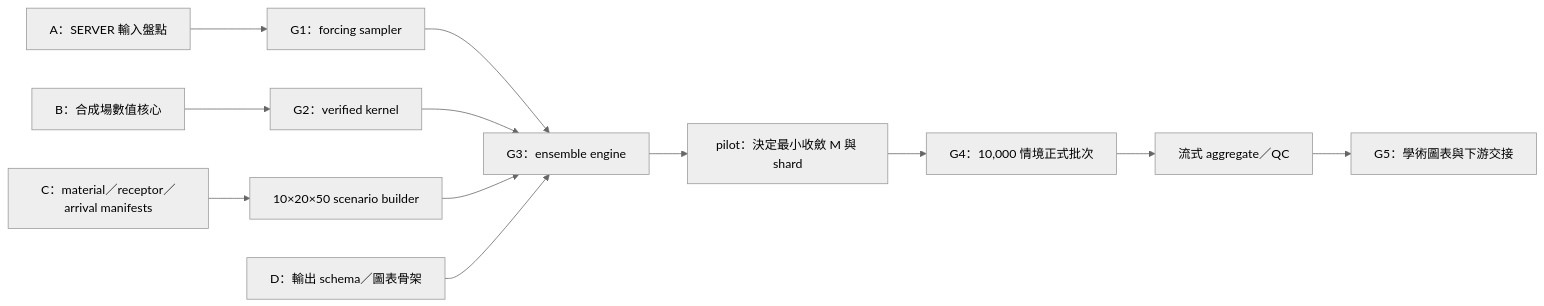
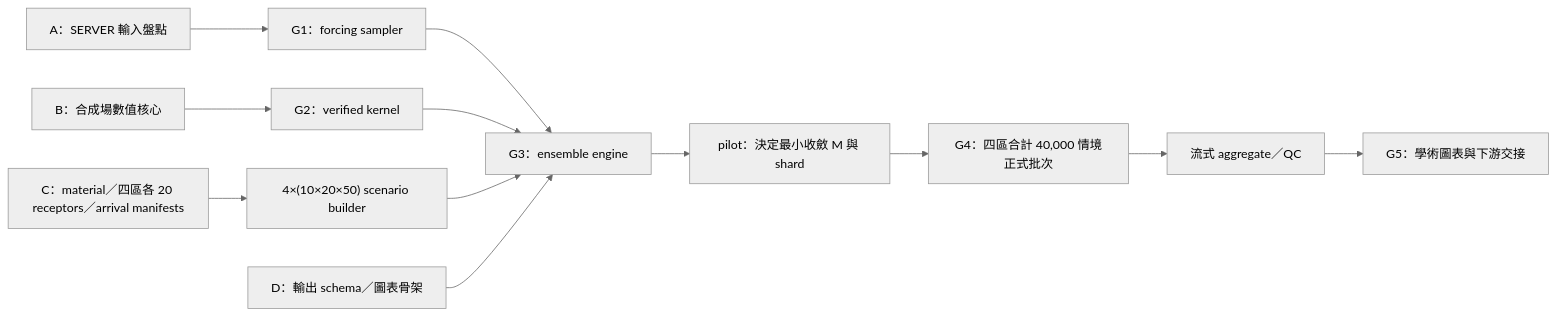
The diagram in docs/04_implementation_plan.md (SpiderFang/Lagrangian-Ensemble-Backtracking), drawn with Mermaid (neutral theme) before and after one commit. The commit also changed other lines of this file and 8 other files, not shown here.

````diff
--- a/docs/04_implementation_plan.md
+++ b/docs/04_implementation_plan.md
@@ -11,14 +11,14 @@
 ```mermaid
 flowchart LR
     A["A：SERVER 輸入盤點"] --> F["G1：forcing sampler"]
     B["B：合成場數值核心"] --> N["G2：verified kernel"]
-    C["C：material／receptor／arrival manifests"] --> S["10×20×50 scenario builder"]
+    C["C：material／四區各 20 receptors／arrival manifests"] --> S["4×(10×20×50) scenario builder"]
     F --> E["G3：ensemble engine"]
     N --> E
     S --> E
     D["D：輸出 schema／圖表骨架"] --> E
     E --> M["pilot：決定最小收斂 M 與 shard"]
-    M --> R["G4：10,000 情境正式批次"]
+    M --> R["G4：四區合計 40,000 情境正式批次"]
     R --> A2["流式 aggregate／QC"]
     A2 --> H["G5：學術圖表與下游交接"]
 ```
````
